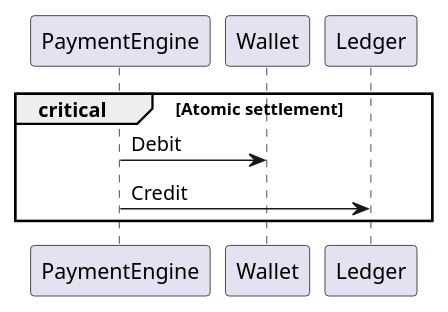
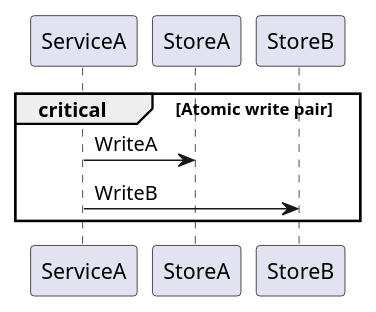
One commit to hunghlh98/orchestra changed diagram 22 of 34 in skills/plantuml/references/sequence_diagrams.md. Above: the diagram before and after it, drawn with PlantUML. The commit also changed other lines of this file and 1 other file, not shown here.

First line of the commit message:
refactor(plantuml): sweep MED/LOW pre-existing payment-flow examples

````diff
--- a/skills/plantuml/references/sequence_diagrams.md
+++ b/skills/plantuml/references/sequence_diagrams.md
@@ -386,8 +386,8 @@
 ```puml
 @startuml
-critical Atomic settlement
-    PaymentEngine -> Wallet : Debit
-    PaymentEngine -> Ledger : Credit
+critical Atomic write pair
+    ServiceA -> StoreA : WriteA
+    ServiceA -> StoreB : WriteB
 end
 @enduml
 ```
````
